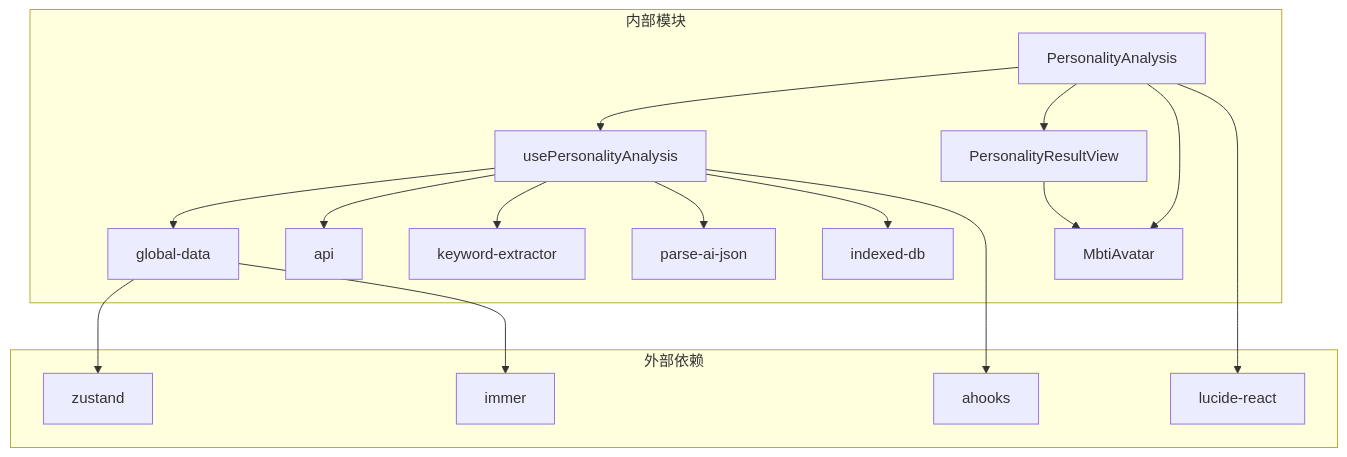
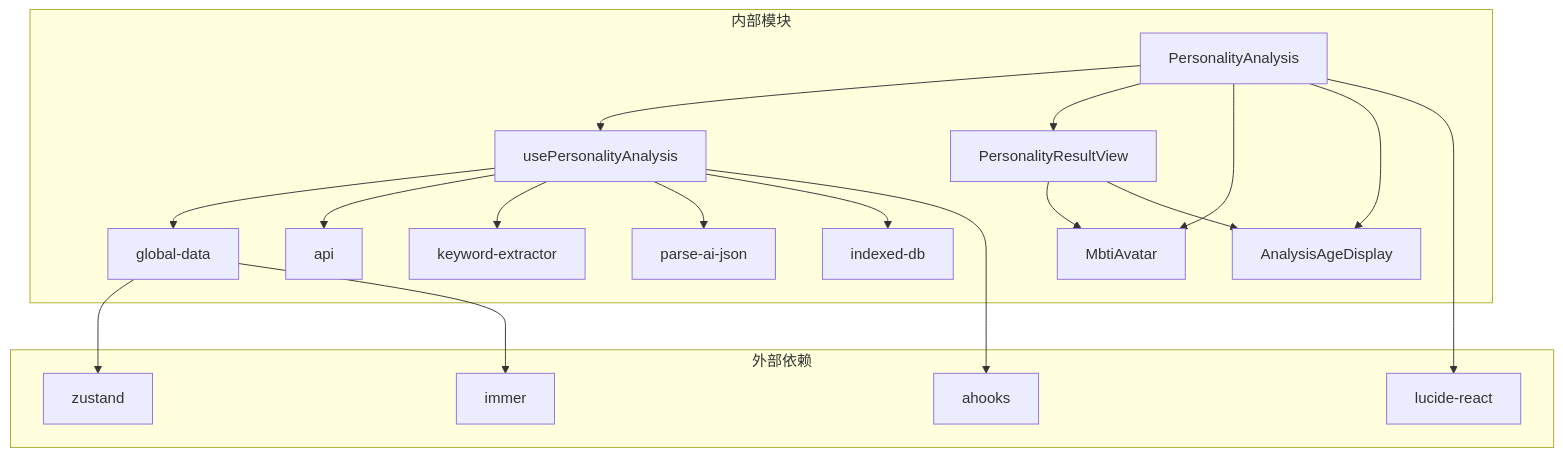
The seventh of 8 diagrams in .qoder/repowiki/zh/content/核心功能模块/智能分析系统/MBTI人格分析系统.md (RadiumAg/bilibili-favorites), drawn with Mermaid before and after one commit. The commit also changed other lines of this file and 47 other files, not shown here.

````diff
--- a/.qoder/repowiki/zh/content/核心功能模块/智能分析系统/MBTI人格分析系统.md
+++ b/.qoder/repowiki/zh/content/核心功能模块/智能分析系统/MBTI人格分析系统.md
@@ -258,33 +306,36 @@
 ```mermaid
 graph TB
 subgraph "外部依赖"
 Zustand[zustand]
 Ahooks[ahooks]
 Lucide[lucide-react]
 Immer[immer]
 end
 subgraph "内部模块"
 Personality[PersonalityAnalysis]
 Hook[usePersonalityAnalysis]
 Result[PersonalityResultView]
 Avatar[MbtiAvatar]
+AgeDisplay[AnalysisAgeDisplay]
 Store[global-data]
 API[api]
 Extractor[keyword-extractor]
 Parser[parse-ai-json]
 DB[indexed-db]
 end
 Personality --> Hook
 Personality --> Result
 Personality --> Avatar
+Personality --> AgeDisplay
 Hook --> Store
 Hook --> API
 Hook --> Extractor
 Hook --> Parser
 Hook --> DB
 Result --> Avatar
+Result --> AgeDisplay
 Store --> Zustand
 Store --> Immer
 Hook --> Ahooks
 Personality --> Lucide
 ```
````
